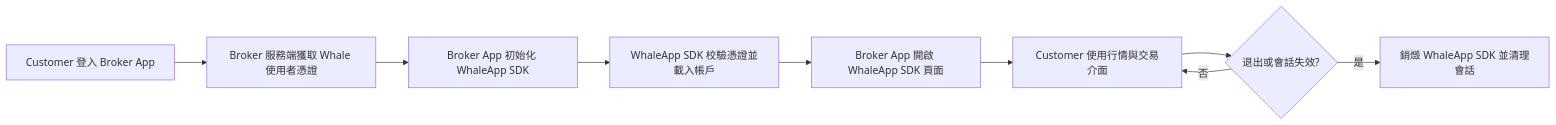
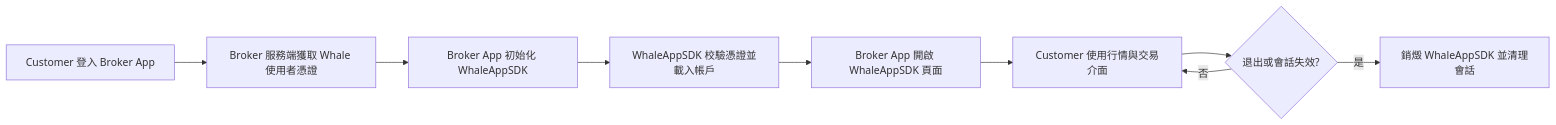
The diagram in docs/zh-HK/whalesdk/whaleapp/overview.mdx (longbridge/whale-docs), drawn with Mermaid before and after one commit. The commit also changed other lines of this file and 120 other files, not shown here.

````diff
--- a/docs/zh-HK/whalesdk/whaleapp/overview.mdx
+++ b/docs/zh-HK/whalesdk/whaleapp/overview.mdx
@@ -8,11 +8,11 @@
 ```mermaid
 flowchart LR
     A[Customer 登入 Broker App] --> B[Broker 服務端獲取 Whale 使用者憑證]
-    B --> C[Broker App 初始化 WhaleApp SDK]
-    C --> D[WhaleApp SDK 校驗憑證並載入帳戶]
-    D --> E[Broker App 開啟 WhaleApp SDK 頁面]
+    B --> C[Broker App 初始化 WhaleAppSDK]
+    C --> D[WhaleAppSDK 校驗憑證並載入帳戶]
+    D --> E[Broker App 開啟 WhaleAppSDK 頁面]
     E --> F[Customer 使用行情與交易介面]
     F --> G{退出或會話失效?}
     G -- 否 --> F
-    G -- 是 --> H[銷燬 WhaleApp SDK 並清理會話]
+    G -- 是 --> H[銷燬 WhaleAppSDK 並清理會話]
 ```
````
